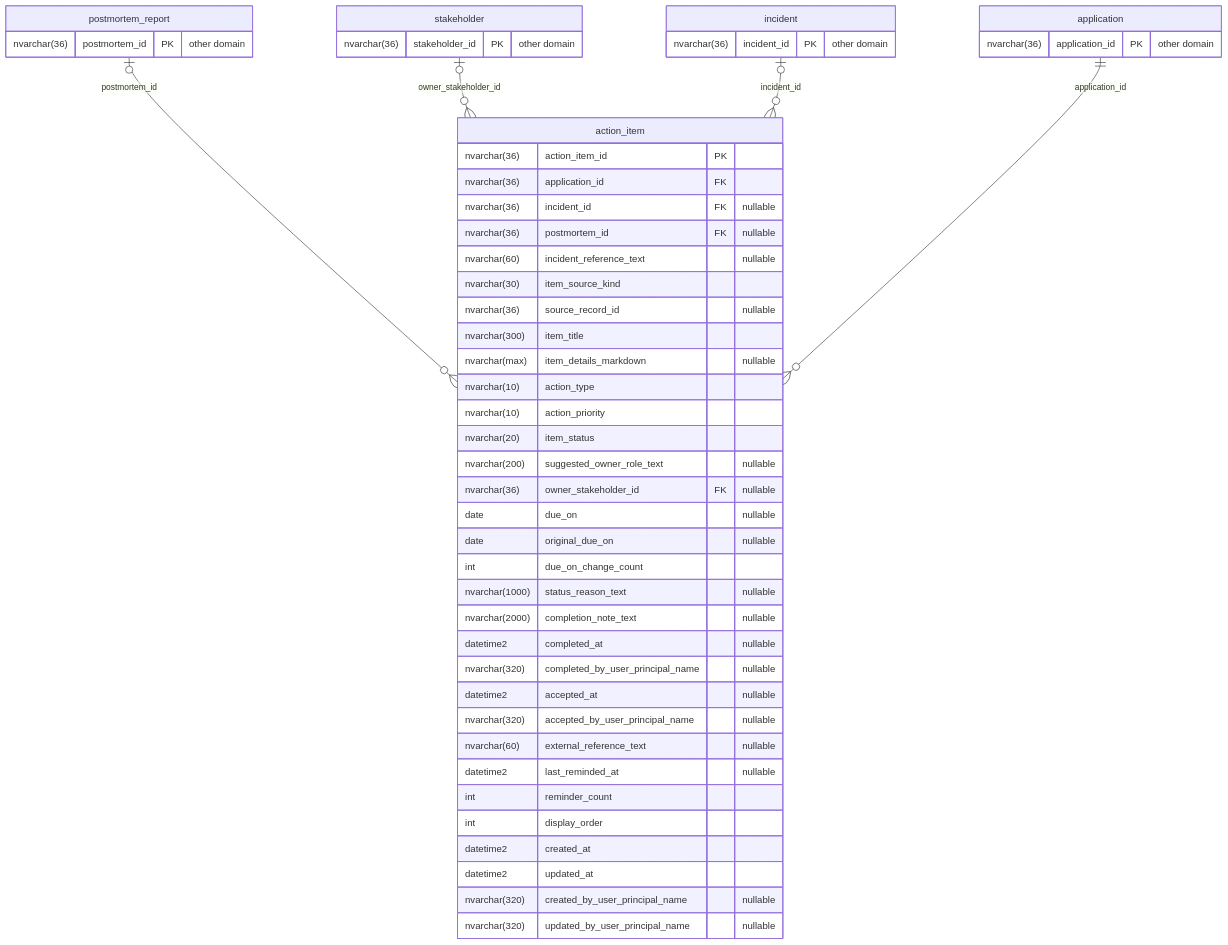
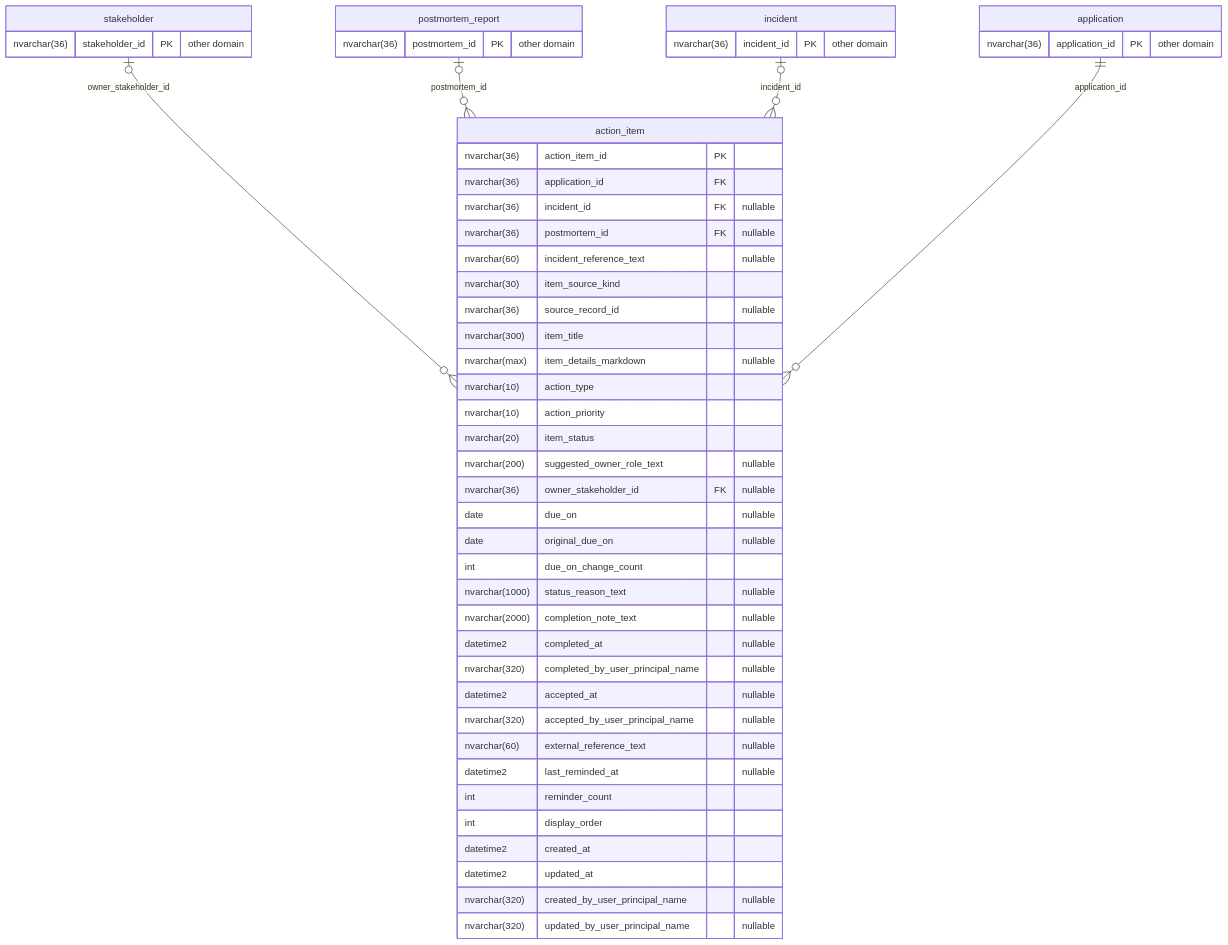
Before and after one commit to dilleswar16/Synaptic-Alchemy: the tenth of 10 diagrams in Keigan/My Plans/architecture/15_ENTITY_RELATIONSHIP_DIAGRAM.md, drawn with Mermaid. The commit also changed other lines of this file and 36 other files, not shown here.

````diff
--- a/Keigan/My Plans/architecture/15_ENTITY_RELATIONSHIP_DIAGRAM.md
+++ b/Keigan/My Plans/architecture/15_ENTITY_RELATIONSHIP_DIAGRAM.md
@@ -1401,52 +1404,52 @@
 ```mermaid
 erDiagram
     action_item {
         nvarchar(36) action_item_id PK
         nvarchar(36) application_id FK
         nvarchar(36) incident_id FK "nullable"
         nvarchar(36) postmortem_id FK "nullable"
         nvarchar(60) incident_reference_text "nullable"
         nvarchar(30) item_source_kind
         nvarchar(36) source_record_id "nullable"
         nvarchar(300) item_title
         nvarchar(max) item_details_markdown "nullable"
         nvarchar(10) action_type
         nvarchar(10) action_priority
         nvarchar(20) item_status
         nvarchar(200) suggested_owner_role_text "nullable"
         nvarchar(36) owner_stakeholder_id FK "nullable"
         date due_on "nullable"
         date original_due_on "nullable"
         int due_on_change_count
         nvarchar(1000) status_reason_text "nullable"
         nvarchar(2000) completion_note_text "nullable"
         datetime2 completed_at "nullable"
         nvarchar(320) completed_by_user_principal_name "nullable"
         datetime2 accepted_at "nullable"
         nvarchar(320) accepted_by_user_principal_name "nullable"
         nvarchar(60) external_reference_text "nullable"
         datetime2 last_reminded_at "nullable"
         int reminder_count
         int display_order
         datetime2 created_at
         datetime2 updated_at
         nvarchar(320) created_by_user_principal_name "nullable"
         nvarchar(320) updated_by_user_principal_name "nullable"
     }
     application {
         nvarchar(36) application_id PK "other domain"
     }
     incident {
         nvarchar(36) incident_id PK "other domain"
     }
     postmortem_report {
         nvarchar(36) postmortem_id PK "other domain"
     }
     stakeholder {
         nvarchar(36) stakeholder_id PK "other domain"
     }
+    stakeholder |o--o{ action_item : "owner_stakeholder_id"
     postmortem_report |o--o{ action_item : "postmortem_id"
-    stakeholder |o--o{ action_item : "owner_stakeholder_id"
     incident |o--o{ action_item : "incident_id"
     application ||--o{ action_item : "application_id"
 ```
````
